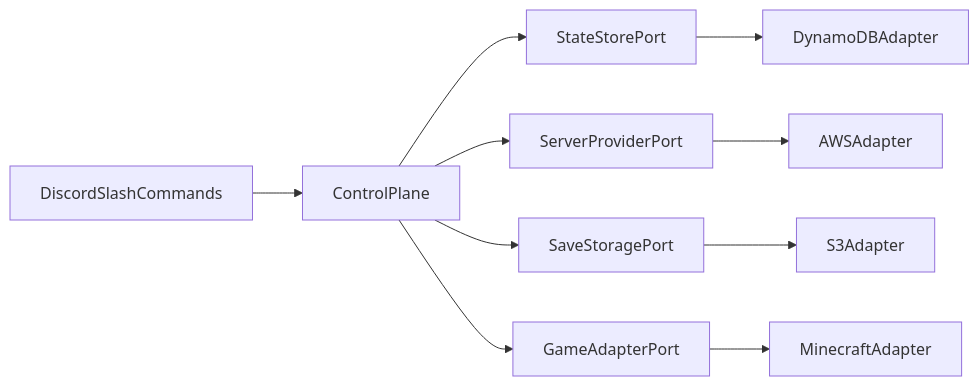
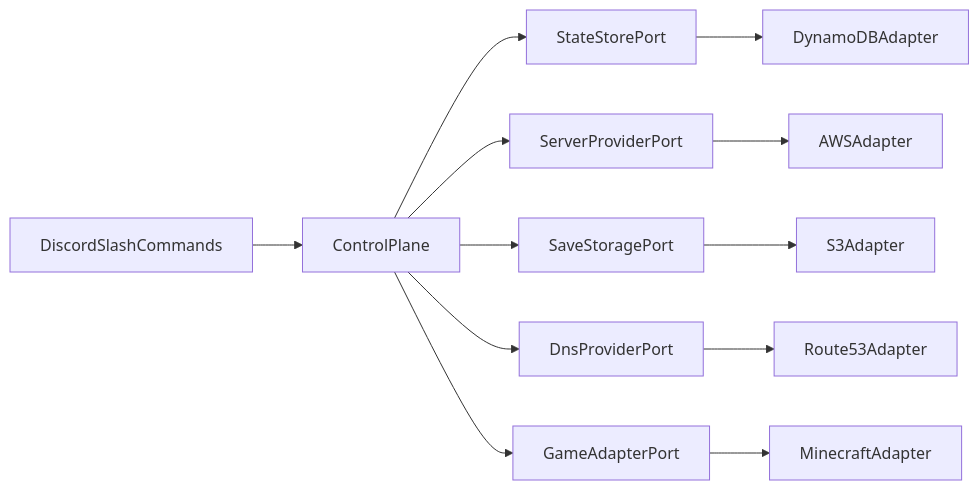
One commit to AloneInAbyss/lghs changed the diagram in docs/architecture.md. Above: the diagram before and after it, drawn with Mermaid. The commit also changed other lines of this file and 5 other files, not shown here.

Commit message:
docs: correções, adiciona DnsProvider, ajusta definições de save

````diff
--- a/docs/architecture.md
+++ b/docs/architecture.md
@@ -11,12 +11,14 @@
 ```mermaid
 flowchart LR
   Discord[DiscordSlashCommands] --> CP[ControlPlane]
   CP --> State[StateStorePort]
   CP --> Provider[ServerProviderPort]
   CP --> Saves[SaveStoragePort]
+  CP --> Dns[DnsProviderPort]
   CP --> Games[GameAdapterPort]
   State --> DDB[DynamoDBAdapter]
   Provider --> AWS[AWSAdapter]
   Saves --> S3[S3Adapter]
+  Dns --> R53[Route53Adapter]
   Games --> MC[MinecraftAdapter]
 ```
````
